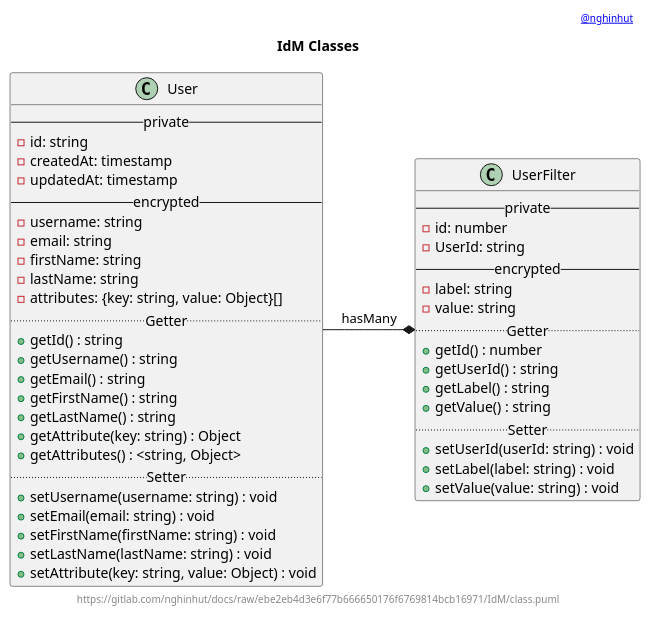
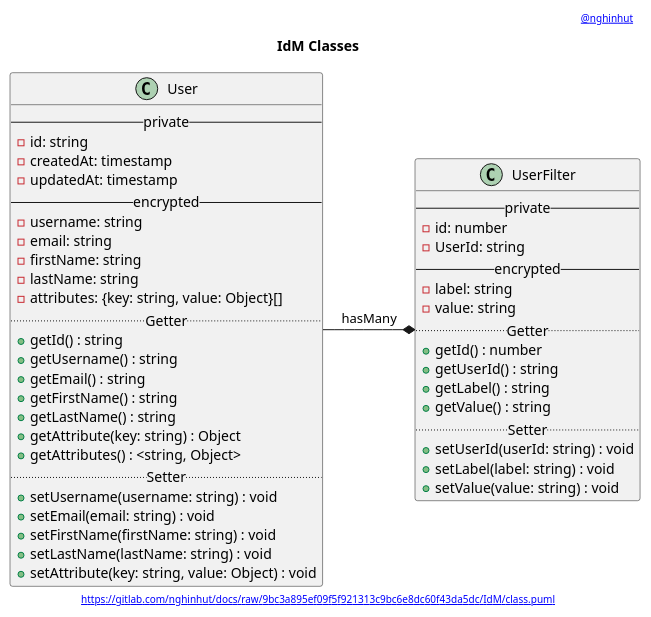
The diagram in IdM/class.puml (nghinhut/docs), drawn with PlantUML before and after one commit. The commit also changed 18 other files, not shown here.

Commit message:
Update diagrams

```diff
--- a/IdM/class.puml
+++ b/IdM/class.puml
@@ -1,56 +1,56 @@
 @startuml
 '-----START auto generated metadata please keep comment here to allow auto update-----
 '-----DON'T EDIT THIS SECTION, INSTEAD RE-RUN prebuild.sh TO UPDATE-----
 header [[mailto:nghinhut@gmail.com @nghinhut]]
-footer https://gitlab.com/nghinhut/docs/raw/ebe2eb4d3e6f77b666650176f6769814bcb16971/IdM/class.puml
+footer [[https://gitlab.com/nghinhut/docs/raw/9bc3a895ef09f5f921313c9bc6e8dc60f43da5dc/IdM/class.puml]]
 '-----END auto generated metadata please keep comment here to allow auto update-----
 title IdM Classes
 
 class "User" as user {
     -- private --
     - id: string
     - createdAt: timestamp
     - updatedAt: timestamp
     -- encrypted --
     - username: string
     - email: string
     - firstName: string
     - lastName: string
     - attributes: {key: string, value: Object}[]
     .. Getter ..
     + getId() : string
     + getUsername() : string
     + getEmail() : string
     + getFirstName() : string
     + getLastName() : string
     + getAttribute(key: string) : Object
     + getAttributes() : <string, Object>
     .. Setter ..
     + setUsername(username: string) : void
     + setEmail(email: string) : void
     + setFirstName(firstName: string) : void
     + setLastName(lastName: string) : void
     + setAttribute(key: string, value: Object) : void
 }
 
 class "UserFilter" as user_filter {
     -- private --
     - id: number
     - UserId: string
     -- encrypted --
     - label: string
     - value: string
     .. Getter ..
     + getId() : number
     + getUserId() : string
     + getLabel() : string
     + getValue() : string
     .. Setter ..
     + setUserId(userId: string) : void
     + setLabel(label: string) : void
     + setValue(value: string) : void
 }
 
 user -* user_filter : hasMany
 
 @enduml
```
